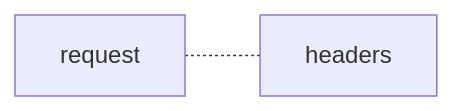
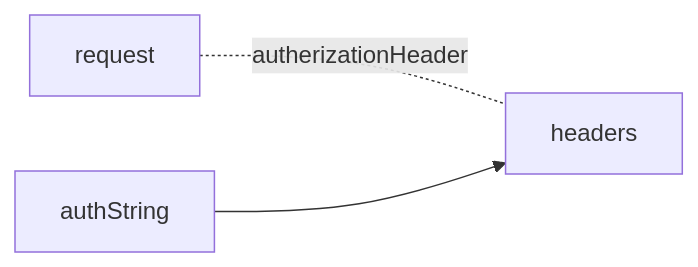
The fifth of 7 diagrams in newage/astro.md (gordianknotC/nxp_note), drawn with Mermaid before and after one commit. The commit also changed other lines of this file, not shown here.

````diff
--- a/newage/astro.md
+++ b/newage/astro.md
@@ -66,5 +66,6 @@
 ```mermaid
 graph LR
-request -.- headers
+request -.-|autherizationHeader| headers
+authString --> headers
 
 ```
````
